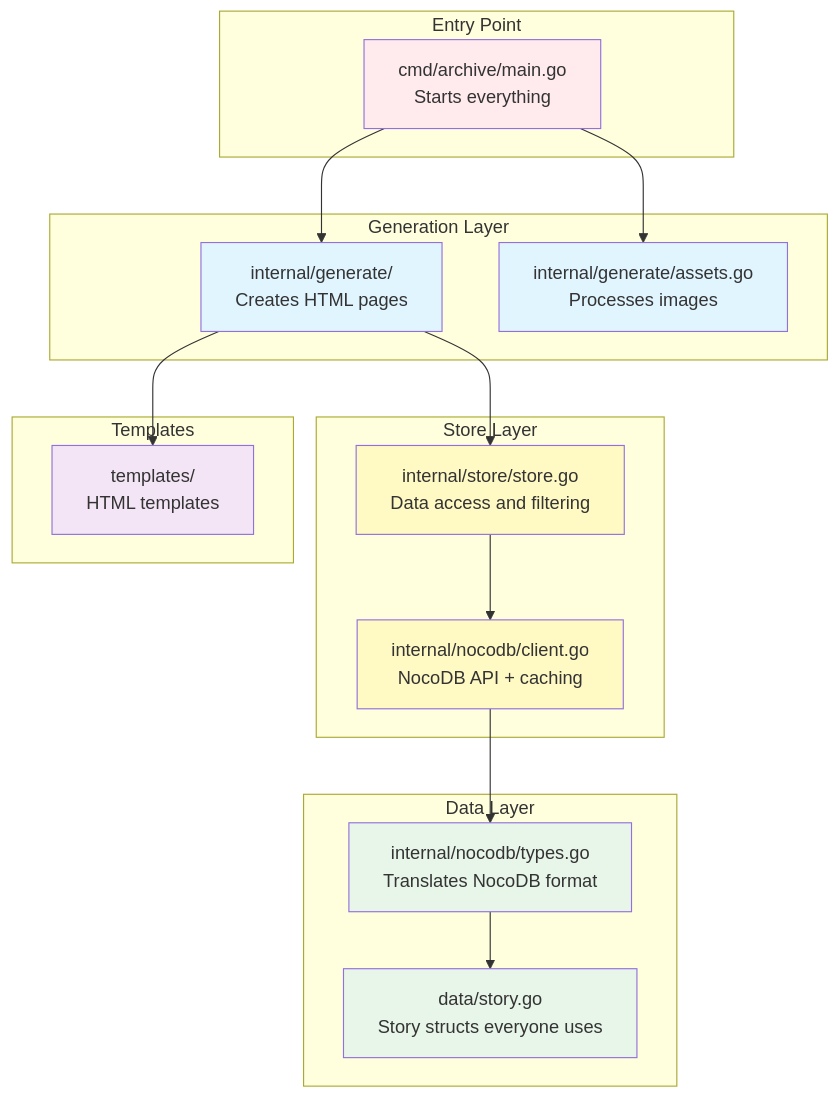
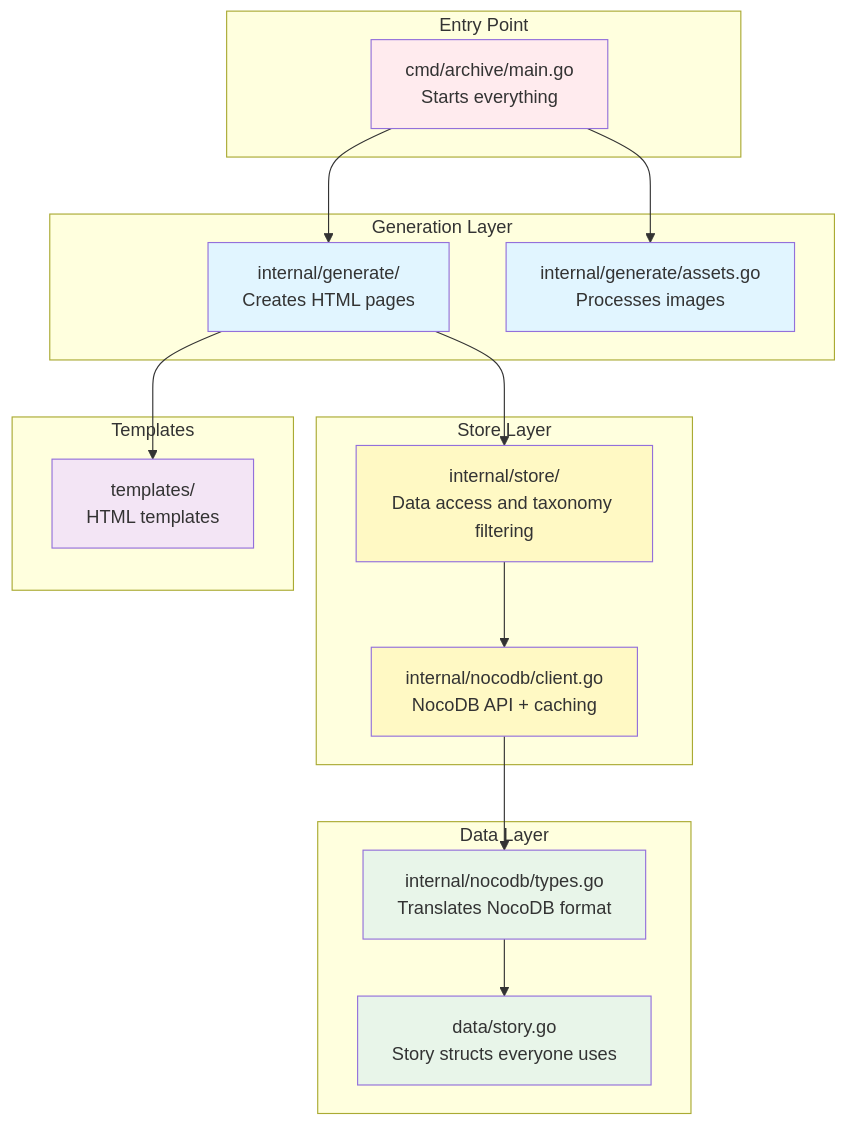
One commit to commonknowledge/community-climate-justice-archive changed the second of 6 diagrams in README.md. Above: the diagram before and after it, drawn with Mermaid. The commit also changed other lines of this file and 8 other files, not shown here.

````diff
--- a/README.md
+++ b/README.md
@@ -76,42 +76,42 @@
 ```mermaid
 graph TB
     subgraph "Entry Point"
         CMD[cmd/archive/main.go<br/>Starts everything]
     end
     
     subgraph "Generation Layer"
         GEN[internal/generate/<br/>Creates HTML pages]
         ASSETS[internal/generate/assets.go<br/>Processes images]
     end
     
     subgraph "Store Layer"
-        STORE[internal/store/store.go<br/>Data access and filtering]
+        STORE[internal/store/<br/>Data access and taxonomy filtering]
         NOCODB[internal/nocodb/client.go<br/>NocoDB API + caching]
     end
     
     subgraph "Data Layer"
         TYPES[internal/nocodb/types.go<br/>Translates NocoDB format]
         STORY[data/story.go<br/>Story structs everyone uses]
     end
     
     subgraph "Templates"
         TMPL[templates/<br/>HTML templates]
     end
     
     CMD --> GEN
     CMD --> ASSETS
     GEN --> STORE
     STORE --> NOCODB
     NOCODB --> TYPES
     TYPES --> STORY
     GEN --> TMPL
     
     style CMD fill:#ffebee
     style GEN fill:#e1f5ff
     style ASSETS fill:#e1f5ff
     style STORE fill:#fff9c4
     style NOCODB fill:#fff9c4
     style TYPES fill:#e8f5e9
     style STORY fill:#e8f5e9
     style TMPL fill:#f3e5f5
 ```
````
